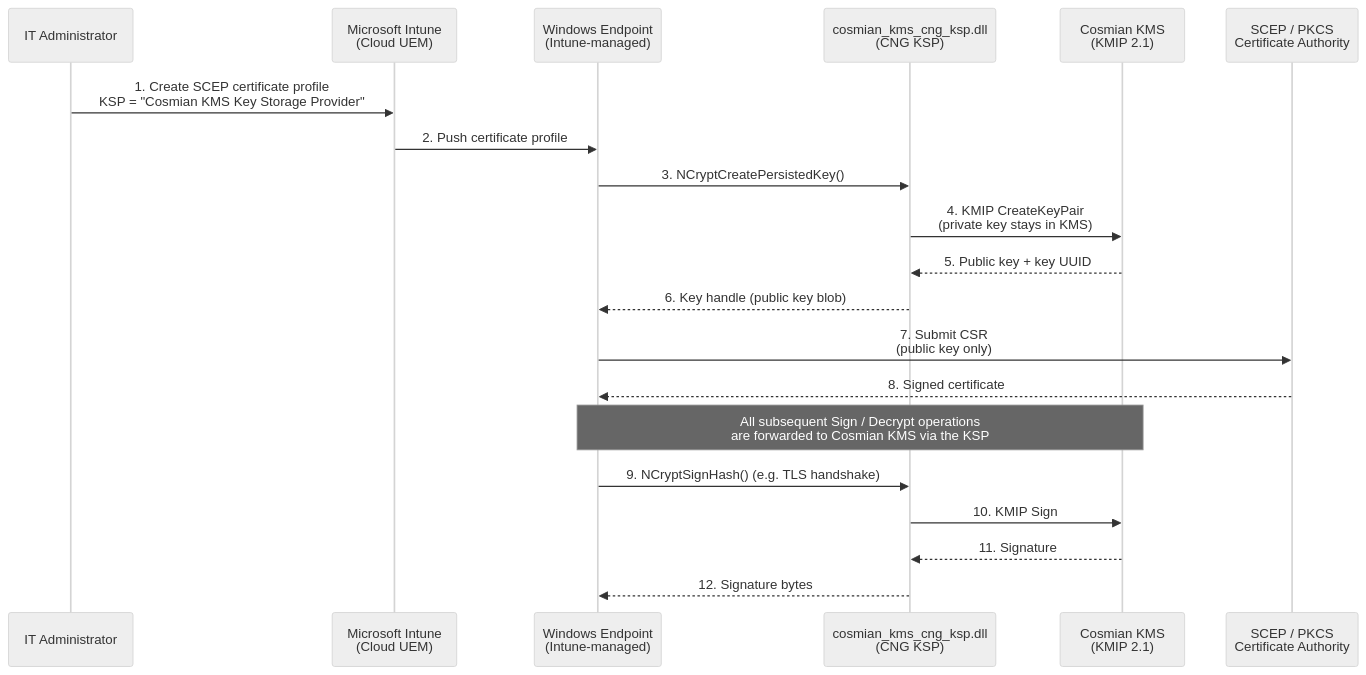
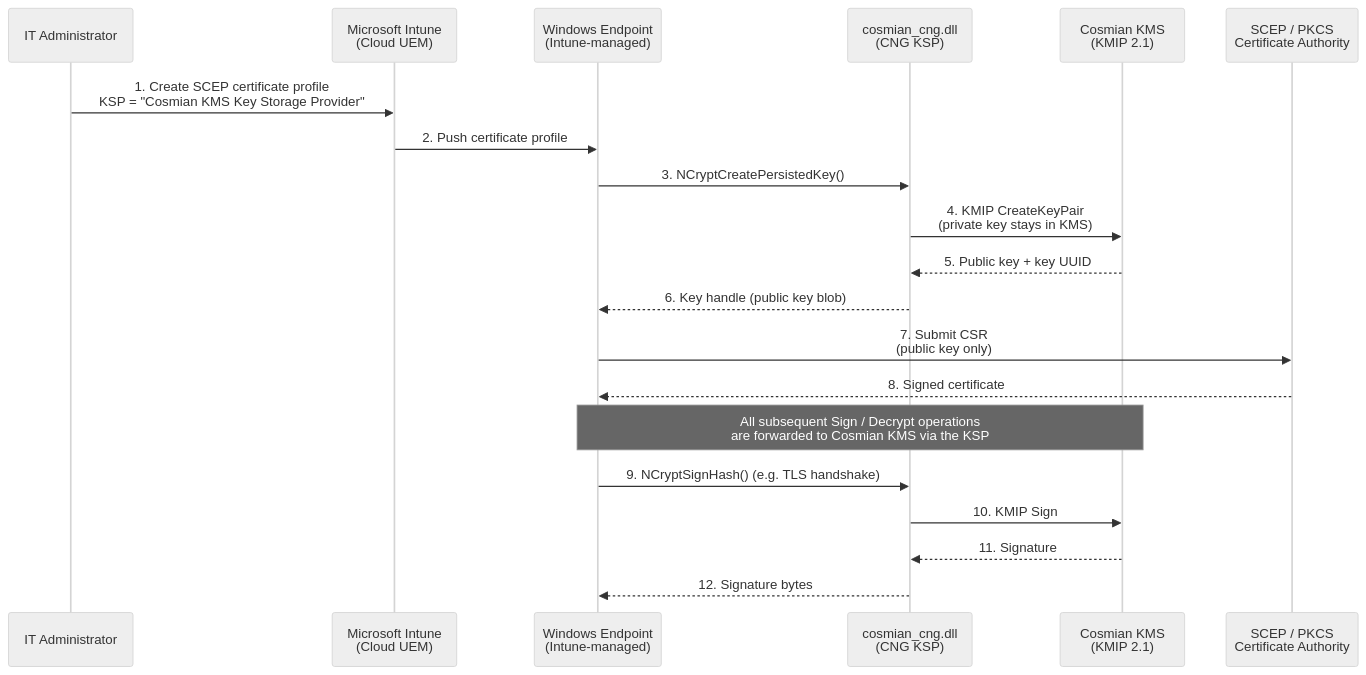
One commit to Cosmian/kms changed the first of 7 diagrams in documentation/docs/integrations/cloud_providers/microsoft/windows_cng_ksp.md. Above: the diagram before and after it, drawn with Mermaid (neutral theme). The commit also changed other lines of this file and 12 other files, not shown here.

Commit message:
refactor: rename cosmian_kms_cng_ksp to cosmian_cng and cosmian_kms_cng_ksp_verify to cosmian_cng_verify

````diff
--- a/documentation/docs/integrations/cloud_providers/microsoft/windows_cng_ksp.md
+++ b/documentation/docs/integrations/cloud_providers/microsoft/windows_cng_ksp.md
@@ -12,23 +12,23 @@
 ```mermaid
 sequenceDiagram
     participant Admin as IT Administrator
     participant Intune as Microsoft Intune<br/>(Cloud UEM)
     participant Endpoint as Windows Endpoint<br/>(Intune-managed)
-    participant KSP as cosmian_kms_cng_ksp.dll<br/>(CNG KSP)
+    participant KSP as cosmian_cng.dll<br/>(CNG KSP)
     participant KMS as Cosmian KMS<br/>(KMIP 2.1)
     participant SCEP as SCEP / PKCS<br/>Certificate Authority
 
     Admin->>Intune: 1. Create SCEP certificate profile<br/>KSP = "Cosmian KMS Key Storage Provider"
     Intune->>Endpoint: 2. Push certificate profile
     Endpoint->>KSP: 3. NCryptCreatePersistedKey()
     KSP->>KMS: 4. KMIP CreateKeyPair<br/>(private key stays in KMS)
     KMS-->>KSP: 5. Public key + key UUID
     KSP-->>Endpoint: 6. Key handle (public key blob)
     Endpoint->>SCEP: 7. Submit CSR<br/>(public key only)
     SCEP-->>Endpoint: 8. Signed certificate
     Note over Endpoint,KMS: All subsequent Sign / Decrypt operations<br/>are forwarded to Cosmian KMS via the KSP
     Endpoint->>KSP: 9. NCryptSignHash() (e.g. TLS handshake)
     KSP->>KMS: 10. KMIP Sign
     KMS-->>KSP: 11. Signature
     KSP-->>Endpoint: 12. Signature bytes
 ```
````
